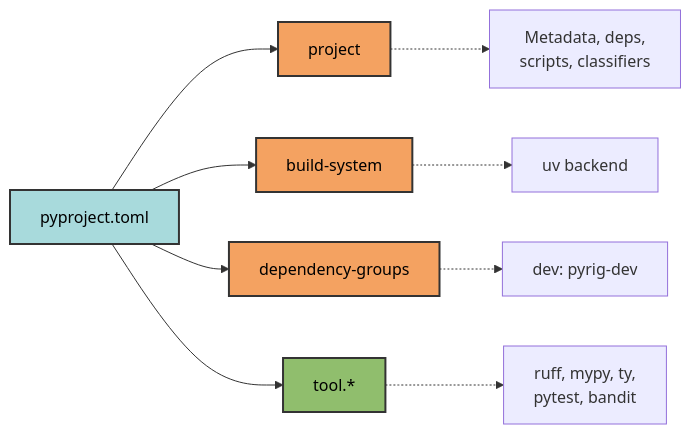
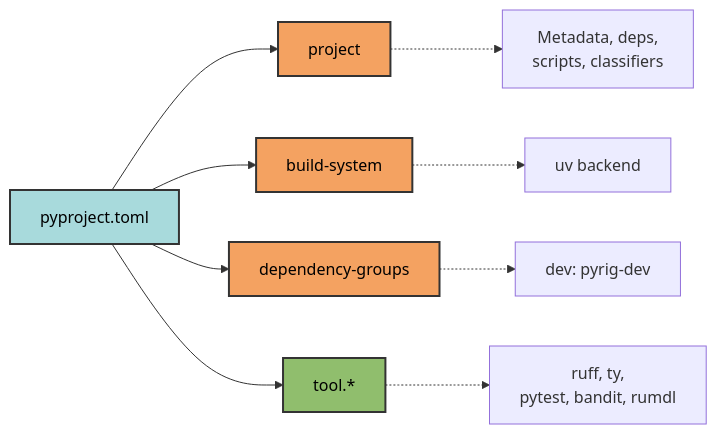
One commit to Winipedia/pyrig changed the second of 2 diagrams in docs/configs/pyproject.md. Above: the diagram before and after it, drawn with Mermaid. The commit also changed other lines of this file and 22 other files, not shown here.

Commit message:
rumdl added and mypy removed

````diff
--- a/docs/configs/pyproject.md
+++ b/docs/configs/pyproject.md
@@ -46,18 +46,18 @@
 ```mermaid
 graph LR
     A[pyproject.toml] --> B[project]
     A --> C[build-system]
     A --> D[dependency-groups]
     A --> E[tool.*]
 
     B -.-> B1[Metadata, deps,<br/>scripts, classifiers]
     C -.-> C1[uv backend]
     D -.-> D1[dev: pyrig-dev]
-    E -.-> E1[ruff, mypy, ty,<br/>pytest, bandit]
+    E -.-> E1[ruff, ty,<br/>pytest, bandit, rumdl]
 
     style A fill:#a8dadc,stroke:#333,stroke-width:2px,color:#000
     style B fill:#f4a261,stroke:#333,stroke-width:2px,color:#000
     style C fill:#f4a261,stroke:#333,stroke-width:2px,color:#000
     style D fill:#f4a261,stroke:#333,stroke-width:2px,color:#000
     style E fill:#90be6d,stroke:#333,stroke-width:2px,color:#000
 ```
````
